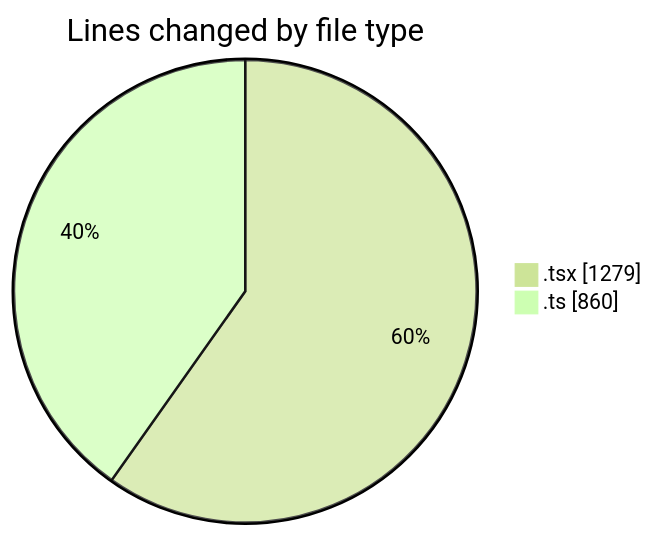
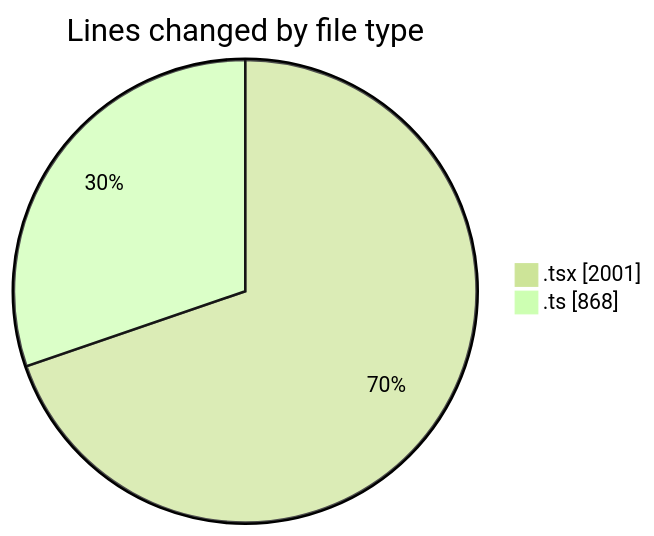
Before and after one commit to nxtqubesakshisongat/code-tracking: the first of 2 diagrams in 2026-02-27/nxtqube_webapp/README.md, drawn with Mermaid (forest theme). The commit also changed other lines of this file and 1 other file, not shown here.

````diff
--- a/2026-02-27/nxtqube_webapp/README.md
+++ b/2026-02-27/nxtqube_webapp/README.md
@@ -24,6 +25,6 @@
 ```mermaid
 pie showData
 title Lines changed by file type
-".tsx" : 1279
-".ts" : 860
+".tsx" : 2001
+".ts" : 868
 ```
````
